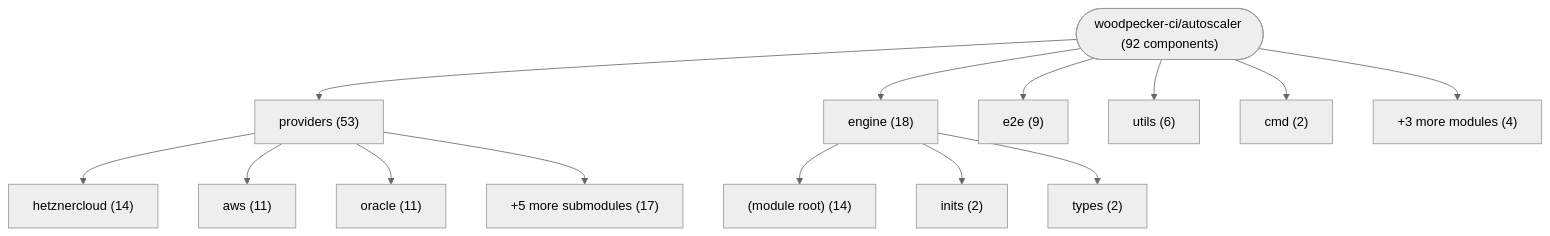
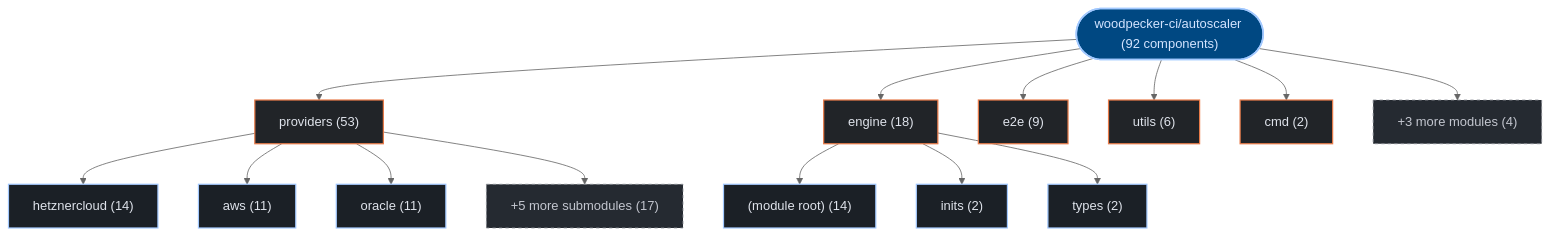
Before and after one commit to kumarshaz/atruss-code-atlas: the first of 3 diagrams in exports/latest/reports/woodpecker-ci-autoscaler-report.md, drawn with Mermaid (neutral theme). The commit also changed other lines of this file and 331 other files, not shown here.

Commit message:
docs,ui,fix: update SDLC docs, reorder CI/CD DAG first, stylize Mermaid, and fix Arc42 pipeline topology

````diff
--- a/exports/latest/reports/woodpecker-ci-autoscaler-report.md
+++ b/exports/latest/reports/woodpecker-ci-autoscaler-report.md
@@ -42,30 +42,37 @@
 ```mermaid
 graph TD;
-    repo_root(["woodpecker-ci/autoscaler (92 components)"])
-    dir_0_providers["providers (53)"]
+  classDef atlasRoot fill:#004882,stroke:#a3c9ff,stroke-width:2px,color:#d3e4ff
+  classDef atlasCategory fill:#212428,stroke:#E87A48,stroke-width:1.5px,color:#dfe3eb
+  classDef atlasWorkflow fill:#1b2026,stroke:#a3c9ff,stroke-width:1.5px,color:#dfe3eb
+  classDef atlasJob fill:#171c22,stroke:#8d9199,stroke-width:1px,color:#dfe3eb
+  classDef atlasTarget fill:#005227,stroke:#8bd99b,stroke-width:1.5px,color:#a7f6b6
+  classDef atlasAlert fill:#93000a,stroke:#ffb4ab,stroke-width:1.5px,color:#ffdad6
+  classDef atlasMore fill:#252a31,stroke:#8d9199,stroke-dasharray:4 4,color:#c3c6cf
+    repo_root(["woodpecker-ci/autoscaler (92 components)"]):::atlasRoot
+    dir_0_providers["providers (53)"]:::atlasCategory
     repo_root --> dir_0_providers
-    sub_0_0_hetznercloud["hetznercloud (14)"]
+    sub_0_0_hetznercloud["hetznercloud (14)"]:::atlasWorkflow
     dir_0_providers --> sub_0_0_hetznercloud
-    sub_0_1_aws["aws (11)"]
+    sub_0_1_aws["aws (11)"]:::atlasWorkflow
     dir_0_providers --> sub_0_1_aws
-    sub_0_2_oracle["oracle (11)"]
+    sub_0_2_oracle["oracle (11)"]:::atlasWorkflow
     dir_0_providers --> sub_0_2_oracle
-    sub_0_more["+5 more submodules (17)"]
+    sub_0_more["+5 more submodules (17)"]:::atlasMore
     dir_0_providers --> sub_0_more
-    dir_1_engine["engine (18)"]
+    dir_1_engine["engine (18)"]:::atlasCategory
     repo_root --> dir_1_engine
-    sub_1_0__module_root_["(module root) (14)"]
+    sub_1_0__module_root_["(module root) (14)"]:::atlasWorkflow
     dir_1_engine --> sub_1_0__module_root_
-    sub_1_1_inits["inits (2)"]
+    sub_1_1_inits["inits (2)"]:::atlasWorkflow
     dir_1_engine --> sub_1_1_inits
-    sub_1_2_types["types (2)"]
+    sub_1_2_types["types (2)"]:::atlasWorkflow
     dir_1_engine --> sub_1_2_types
-    dir_2_e2e["e2e (9)"]
+    dir_2_e2e["e2e (9)"]:::atlasCategory
     repo_root --> dir_2_e2e
-    dir_3_utils["utils (6)"]
+    dir_3_utils["utils (6)"]:::atlasCategory
     repo_root --> dir_3_utils
-    dir_4_cmd["cmd (2)"]
+    dir_4_cmd["cmd (2)"]:::atlasCategory
     repo_root --> dir_4_cmd
-    dir_other_modules["+3 more modules (4)"]
+    dir_other_modules["+3 more modules (4)"]:::atlasMore
     repo_root --> dir_other_modules
 ```
````
